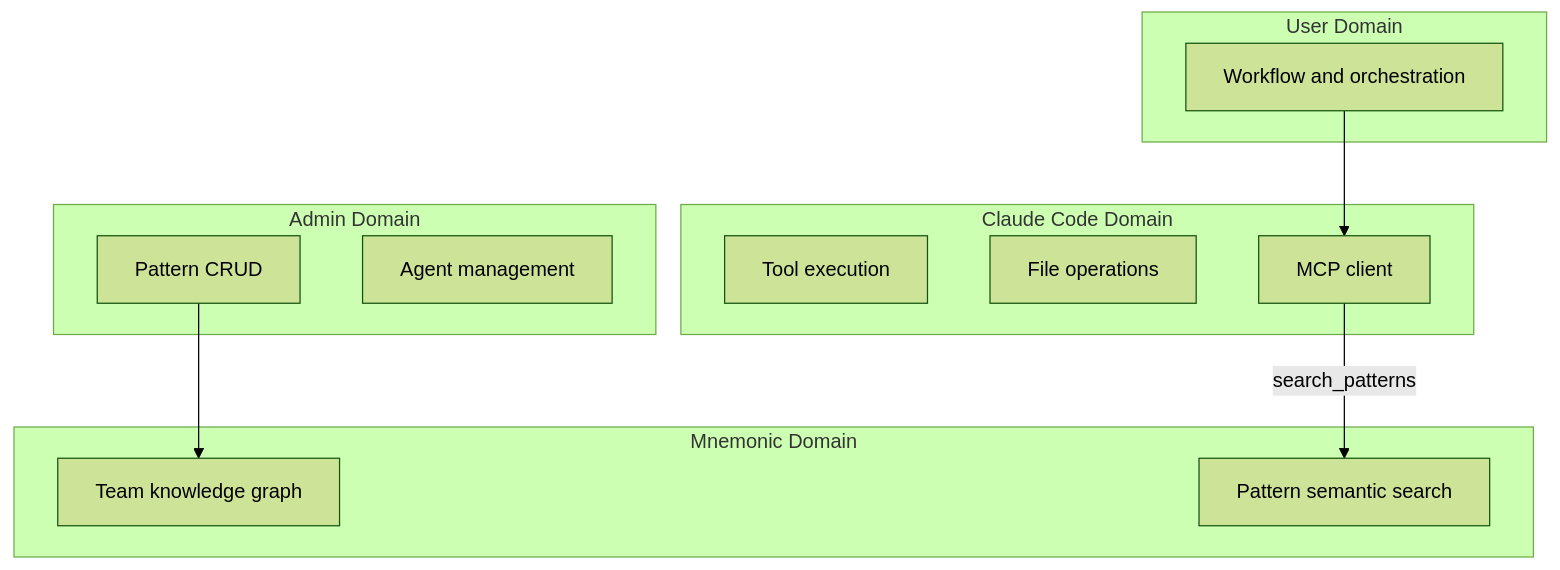
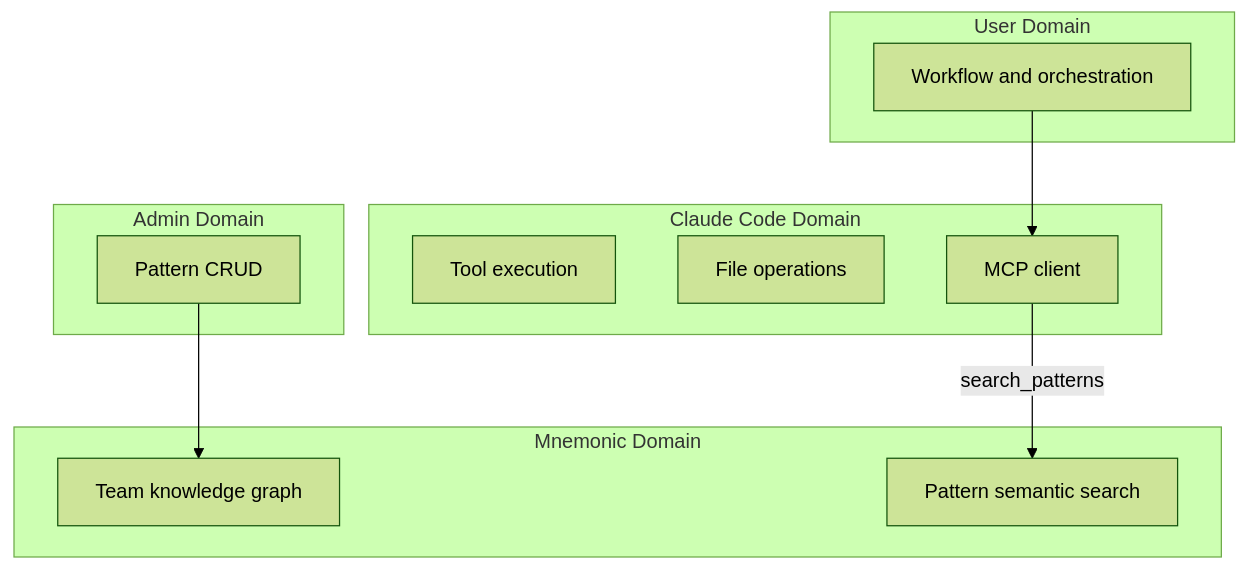
The fourth of 4 diagrams in docs/architecture/system/02-system-architecture.md (twistingmercury/mnemonic-docs), drawn with Mermaid (forest theme) before and after one commit. The commit also changed other lines of this file and 41 other files, not shown here.

````diff
--- a/docs/architecture/system/02-system-architecture.md
+++ b/docs/architecture/system/02-system-architecture.md
@@ -234,26 +263,25 @@
 ```mermaid
 graph TB
     subgraph "User Domain"
         UD1[Workflow and orchestration]
     end
 
     subgraph "Claude Code Domain"
         CD1[Tool execution]
         CD2[File operations]
         CD3[MCP client]
     end
 
     subgraph "Mnemonic Domain"
         MD1[Team knowledge graph]
         MD2[Pattern semantic search]
     end
 
     subgraph "Admin Domain"
         AD1[Pattern CRUD]
-        AD2[Agent management]
     end
 
     UD1 --> CD3
     CD3 -->|"search_patterns"| MD2
     AD1 --> MD1
 ```
````
